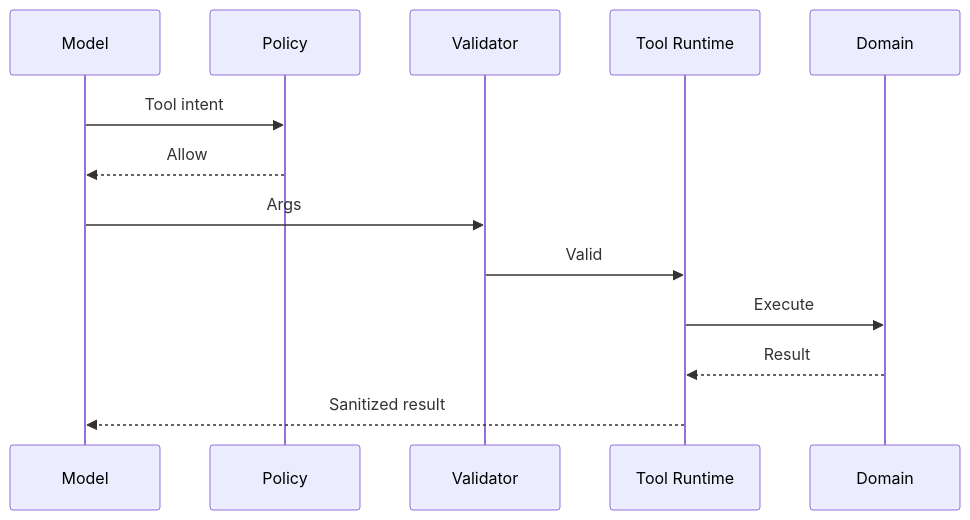
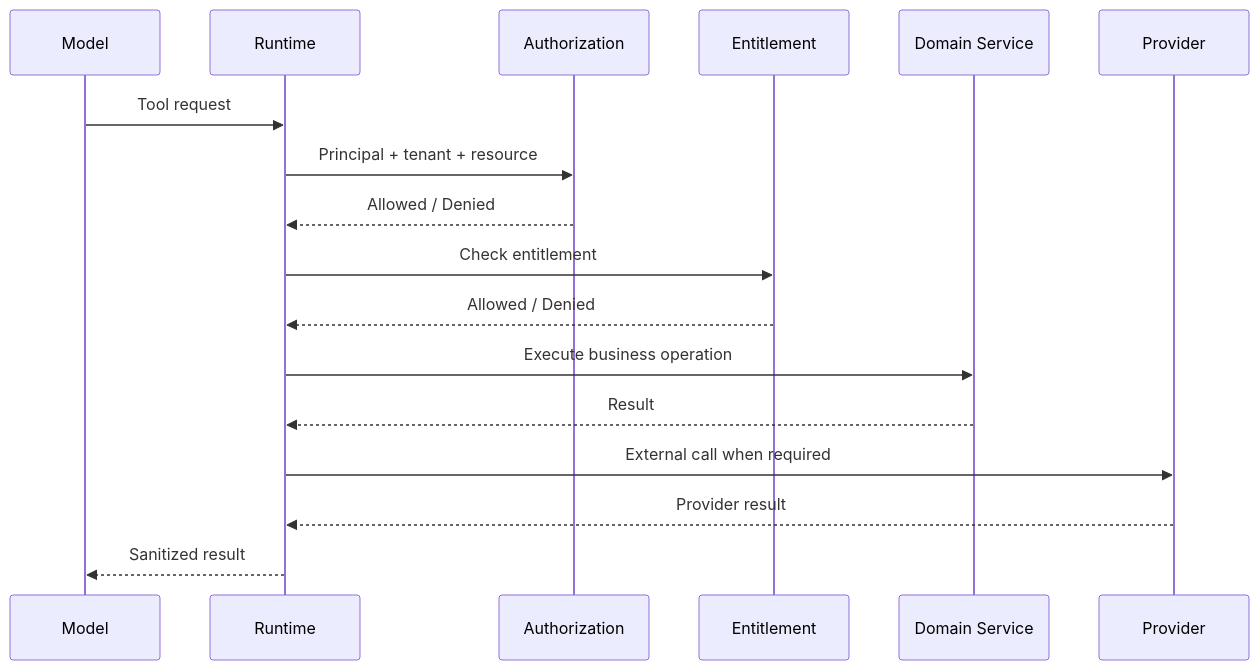
The second of 5 diagrams in docs/ai/tool-runtime.md (D-engahmed/OMILINKS), drawn with Mermaid before and after one commit. The commit also changed other lines of this file and 2 other files, not shown here.

Commit message:
docs: engineer agent runtime model routing and tool runtime

````diff
--- a/docs/ai/tool-runtime.md
+++ b/docs/ai/tool-runtime.md
@@ -13,15 +79,19 @@
 ```mermaid
 sequenceDiagram
-participant M as Model
-participant P as Policy
-participant V as Validator
-participant T as Tool Runtime
-participant D as Domain
-M->>P: Tool intent
-P-->>M: Allow
-M->>V: Args
-V->>T: Valid
-T->>D: Execute
-D-->>T: Result
-T-->>M: Sanitized result
+    participant M as Model
+    participant R as Runtime
+    participant Z as Authorization
+    participant E as Entitlement
+    participant D as Domain Service
+    participant P as Provider
+    M->>R: Tool request
+    R->>Z: Principal + tenant + resource
+    Z-->>R: Allowed / Denied
+    R->>E: Check entitlement
+    E-->>R: Allowed / Denied
+    R->>D: Execute business operation
+    D-->>R: Result
+    R->>P: External call when required
+    P-->>R: Provider result
+    R-->>M: Sanitized result
 ```
````
